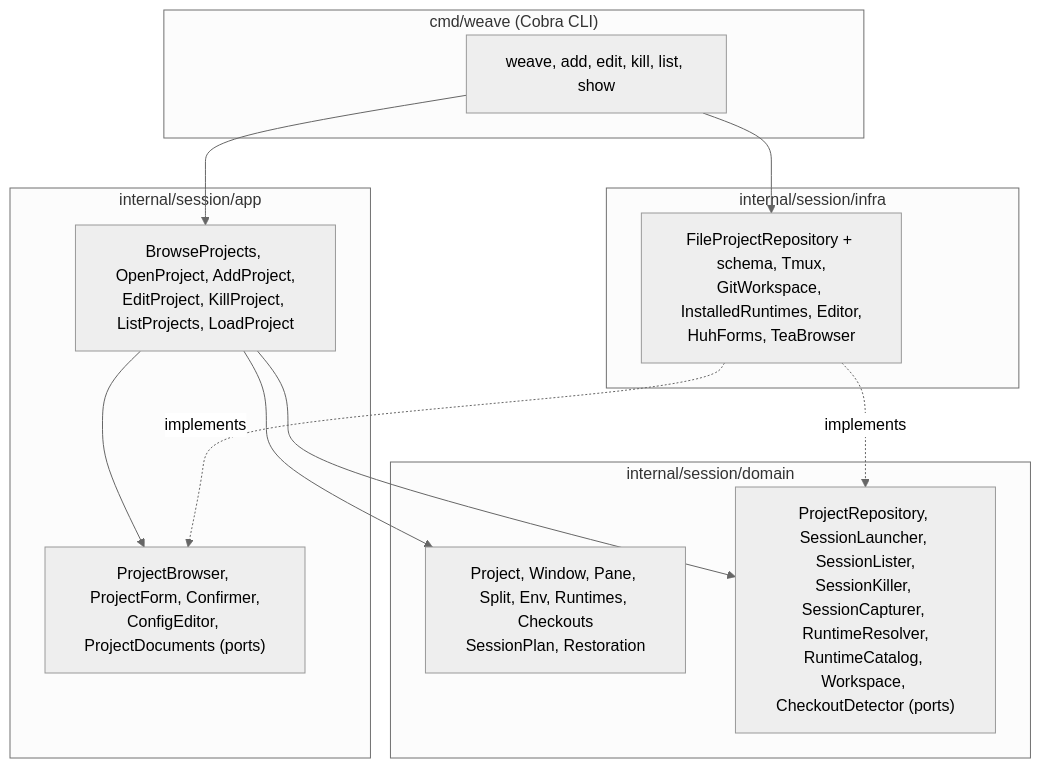
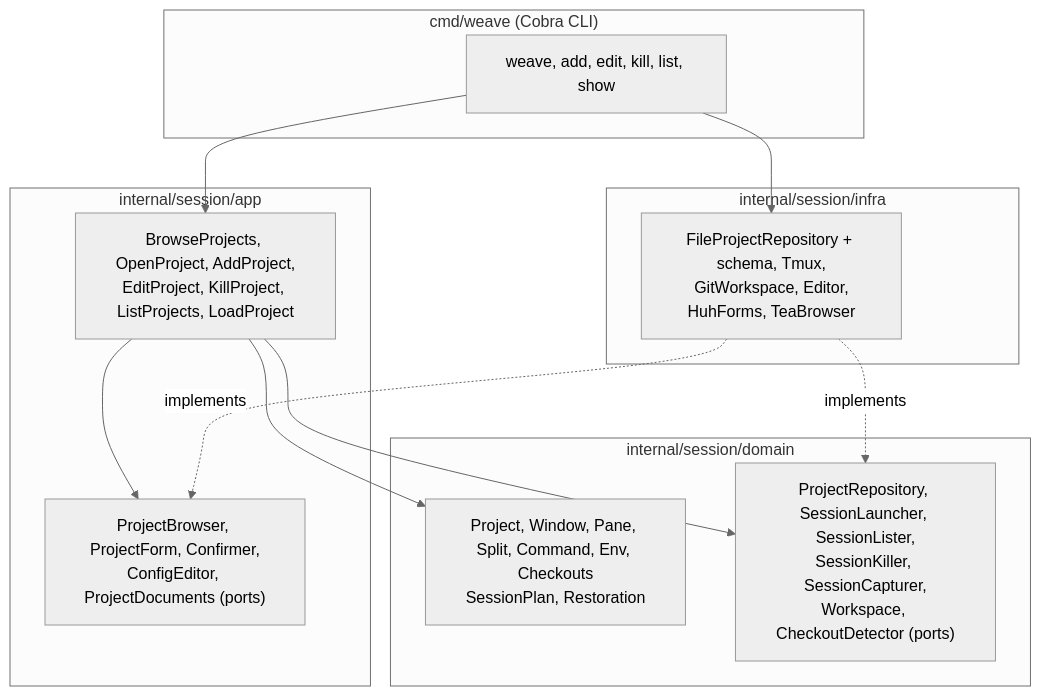
The diagram in README.md (medilies/weaver), drawn with Mermaid (neutral theme) before and after one commit. The commit also changed other lines of this file and 32 other files, not shown here.

First line of the commit message:
feat(session)!: replace runtime pinning with before commands

````diff
--- a/README.md
+++ b/README.md
@@ -194,25 +190,25 @@
 ```mermaid
 graph TD
     subgraph cmd["cmd/weave (Cobra CLI)"]
         CLI["weave, add, edit, kill, list, show"]
     end
     subgraph app["internal/session/app"]
         UC["BrowseProjects, OpenProject, AddProject,<br/>EditProject, KillProject, ListProjects, LoadProject"]
         AP["ProjectBrowser, ProjectForm, Confirmer,<br/>ConfigEditor, ProjectDocuments (ports)"]
     end
     subgraph domain["internal/session/domain"]
-        M["Project, Window, Pane, Split, Env, Runtimes, Checkouts<br/>SessionPlan, Restoration"]
-        DP["ProjectRepository, SessionLauncher, SessionLister,<br/>SessionKiller, SessionCapturer, RuntimeResolver,<br/>RuntimeCatalog, Workspace, CheckoutDetector (ports)"]
+        M["Project, Window, Pane, Split, Command, Env, Checkouts<br/>SessionPlan, Restoration"]
+        DP["ProjectRepository, SessionLauncher, SessionLister,<br/>SessionKiller, SessionCapturer,<br/>Workspace, CheckoutDetector (ports)"]
     end
     subgraph infra["internal/session/infra"]
-        A["FileProjectRepository + schema, Tmux,<br/>GitWorkspace, InstalledRuntimes, Editor,<br/>HuhForms, TeaBrowser"]
+        A["FileProjectRepository + schema, Tmux,<br/>GitWorkspace, Editor,<br/>HuhForms, TeaBrowser"]
     end
 
     CLI --> UC
     CLI --> A
     UC --> M
     UC --> DP
     UC --> AP
     A -.implements.-> DP
     A -.implements.-> AP
 ```
````
